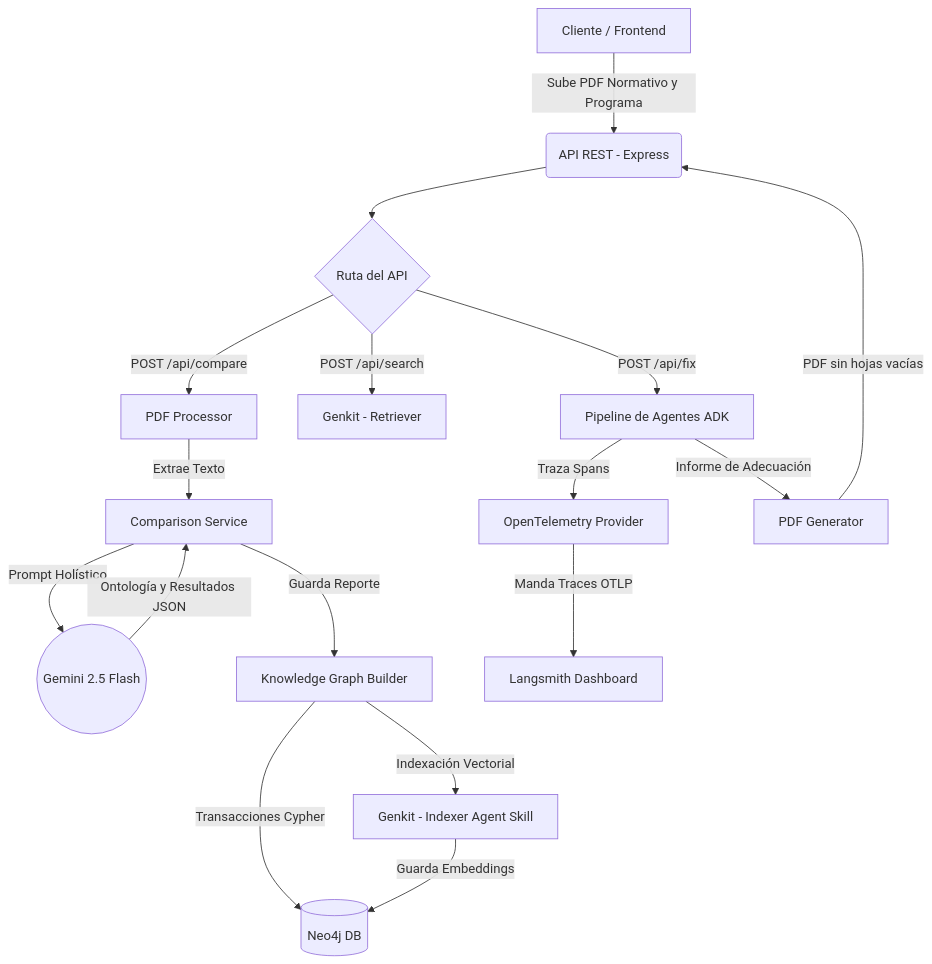
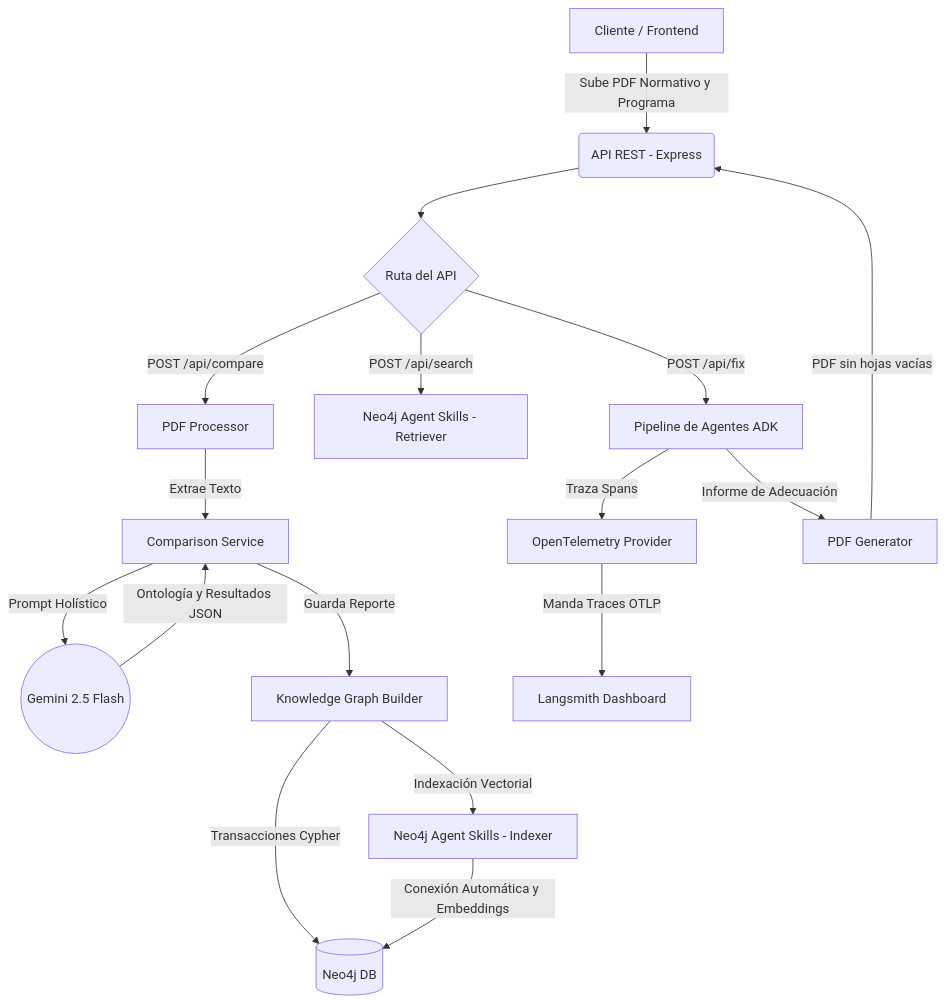
Before and after one commit to dracero/grafo-test: the first of 5 diagrams in README.md, drawn with Mermaid. The commit also changed other lines of this file and 5 other files, not shown here.

````diff
--- a/README.md
+++ b/README.md
@@ -15,22 +15,22 @@
 ```mermaid
 graph TD
     A[Cliente / Frontend] -->|Sube PDF Normativo y Programa| B(API REST - Express)
     B --> C{Ruta del API}
     C -->|POST /api/compare| D[PDF Processor]
-    C -->|POST /api/search| E[Genkit - Retriever]
+    C -->|POST /api/search| E[Neo4j Agent Skills - Retriever]
     C -->|POST /api/fix| K[Pipeline de Agentes ADK]
     
     D -->|Extrae Texto| F[Comparison Service]
     F -->|Prompt Holístico| G((Gemini 2.5 Flash))
     G -->|Ontología y Resultados JSON| F
     
     F -->|Guarda Reporte| H[Knowledge Graph Builder]
     H -->|Transacciones Cypher| I[(Neo4j DB)]
-    H -->|Indexación Vectorial| J[Genkit - Indexer Agent Skill]
-    J -->|Guarda Embeddings| I
+    H -->|Indexación Vectorial| J[Neo4j Agent Skills - Indexer]
+    J -->|Conexión Automática y Embeddings| I
 
     K -->|Traza Spans| L[OpenTelemetry Provider]
     L -->|Manda Traces OTLP| M[Langsmith Dashboard]
     K -->|Informe de Adecuación| N[PDF Generator]
     N -->|PDF sin hojas vacías| B
 ```
````
